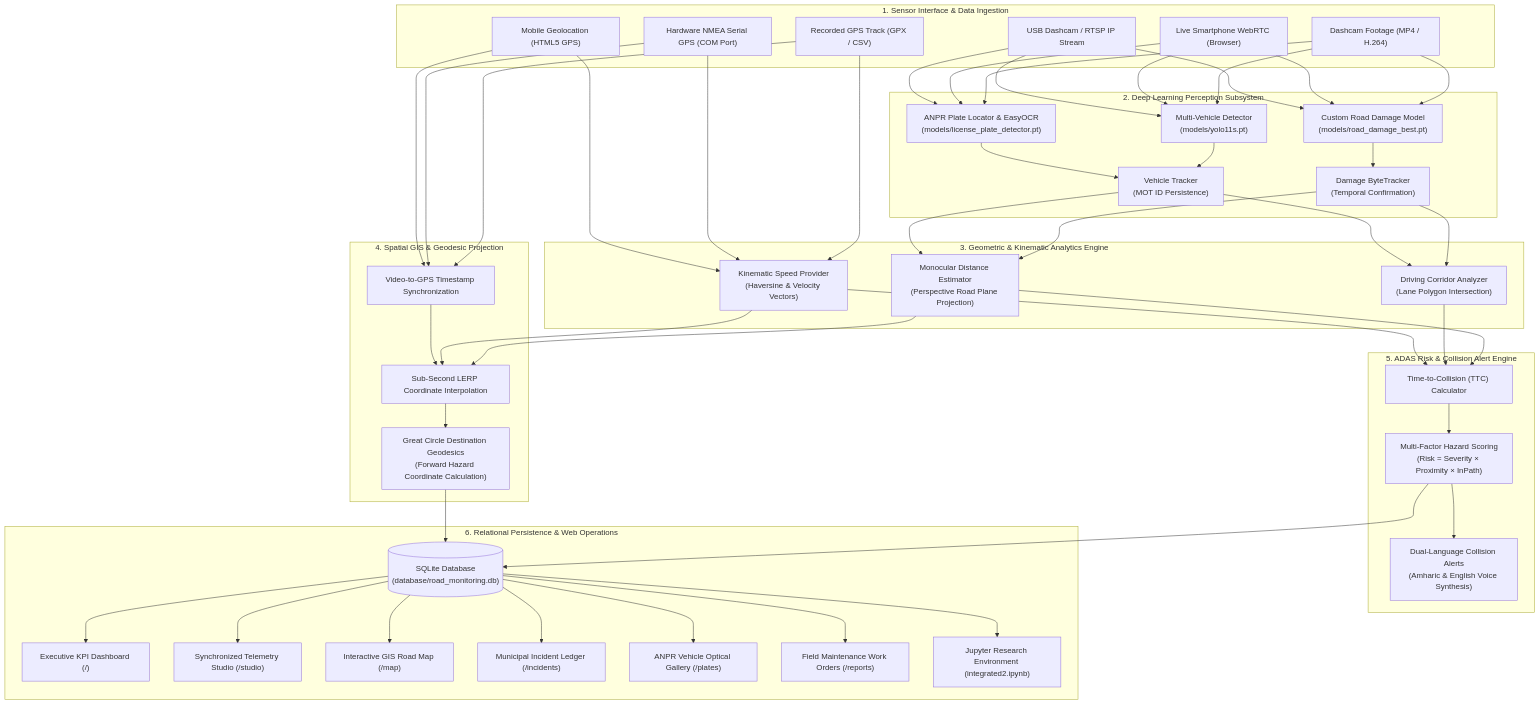
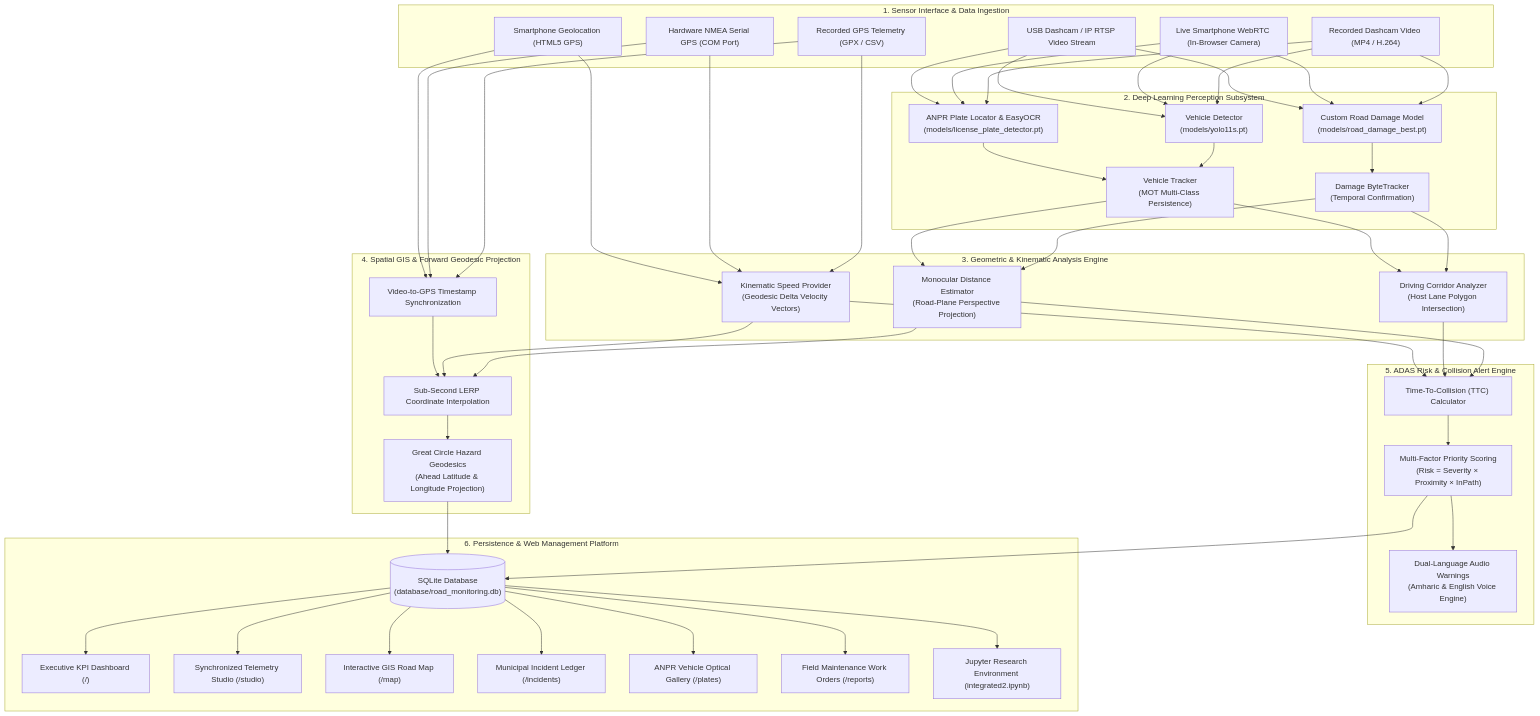
Before and after one commit to haile6/intelligent-road-monitoring-system: the diagram in README.md, drawn with Mermaid. The commit also changed other lines of this file, not shown here.

````diff
--- a/README.md
+++ b/README.md
@@ -72,59 +126,59 @@
 ```mermaid
 flowchart TD
     subgraph Tier1["1. Sensor Interface & Data Ingestion"]
-        V1["Dashcam Footage (MP4 / H.264)"]
-        V2["Live Smartphone WebRTC (Browser)"]
-        V3["USB Dashcam / RTSP IP Stream"]
-        G1["Recorded GPS Track (GPX / CSV)"]
+        V1["Recorded Dashcam Video (MP4 / H.264)"]
+        V2["Live Smartphone WebRTC (In-Browser Camera)"]
+        V3["USB Dashcam / IP RTSP Video Stream"]
+        G1["Recorded GPS Telemetry (GPX / CSV)"]
         G2["Hardware NMEA Serial GPS (COM Port)"]
-        G3["Mobile Geolocation (HTML5 GPS)"]
+        G3["Smartphone Geolocation (HTML5 GPS)"]
     end
 
     subgraph Tier2["2. Deep Learning Perception Subsystem"]
         D1["Custom Road Damage Model\n(models/road_damage_best.pt)"]
-        D2["Multi-Vehicle Detector\n(models/yolo11s.pt)"]
+        D2["Vehicle Detector\n(models/yolo11s.pt)"]
         D3["ANPR Plate Locator & EasyOCR\n(models/license_plate_detector.pt)"]
         T1["Damage ByteTracker\n(Temporal Confirmation)"]
-        T2["Vehicle Tracker\n(MOT ID Persistence)"]
+        T2["Vehicle Tracker\n(MOT Multi-Class Persistence)"]
     end
 
-    subgraph Tier3["3. Geometric & Kinematic Analytics Engine"]
-        E1["Monocular Distance Estimator\n(Perspective Road Plane Projection)"]
-        E2["Driving Corridor Analyzer\n(Lane Polygon Intersection)"]
-        E3["Kinematic Speed Provider\n(Haversine & Velocity Vectors)"]
+    subgraph Tier3["3. Geometric & Kinematic Analysis Engine"]
+        E1["Monocular Distance Estimator\n(Road-Plane Perspective Projection)"]
+        E2["Driving Corridor Analyzer\n(Host Lane Polygon Intersection)"]
+        E3["Kinematic Speed Provider\n(Geodesic Delta Velocity Vectors)"]
     end
 
-    subgraph Tier4["4. Spatial GIS & Geodesic Projection"]
+    subgraph Tier4["4. Spatial GIS & Forward Geodesic Projection"]
         S1["Video-to-GPS Timestamp Synchronization"]
         S2["Sub-Second LERP Coordinate Interpolation"]
-        S3["Great Circle Destination Geodesics\n(Forward Hazard Coordinate Calculation)"]
+        S3["Great Circle Hazard Geodesics\n(Ahead Latitude & Longitude Projection)"]
     end
 
     subgraph Tier5["5. ADAS Risk & Collision Alert Engine"]
-        R1["Time-to-Collision (TTC) Calculator"]
-        R2["Multi-Factor Hazard Scoring\n(Risk = Severity × Proximity × InPath)"]
-        R3["Dual-Language Collision Alerts\n(Amharic & English Voice Synthesis)"]
+        R1["Time-To-Collision (TTC) Calculator"]
+        R2["Multi-Factor Priority Scoring\n(Risk = Severity × Proximity × InPath)"]
+        R3["Dual-Language Audio Warnings\n(Amharic & English Voice Engine)"]
     end
 
-    subgraph Tier6["6. Relational Persistence & Web Operations"]
+    subgraph Tier6["6. Persistence & Web Management Platform"]
         DB[("SQLite Database\n(database/road_monitoring.db)")]
         UI1["Executive KPI Dashboard (/)"]
         UI2["Synchronized Telemetry Studio (/studio)"]
         UI3["Interactive GIS Road Map (/map)"]
         UI4["Municipal Incident Ledger (/incidents)"]
         UI5["ANPR Vehicle Optical Gallery (/plates)"]
         UI6["Field Maintenance Work Orders (/reports)"]
         UI7["Jupyter Research Environment (integrated2.ipynb)"]
     end
 
     V1 & V2 & V3 --> D1 & D2 & D3
     D1 --> T1
     D2 & D3 --> T2
     T1 & T2 --> E1 & E2
     G1 & G2 & G3 --> E3 & S1
     E1 & E3 & S1 --> S2 --> S3
     E1 & E2 & E3 --> R1 --> R2
     R2 --> R3
     S3 & R2 --> DB
     DB --> UI1 & UI2 & UI3 & UI4 & UI5 & UI6 & UI7
 ```
````
